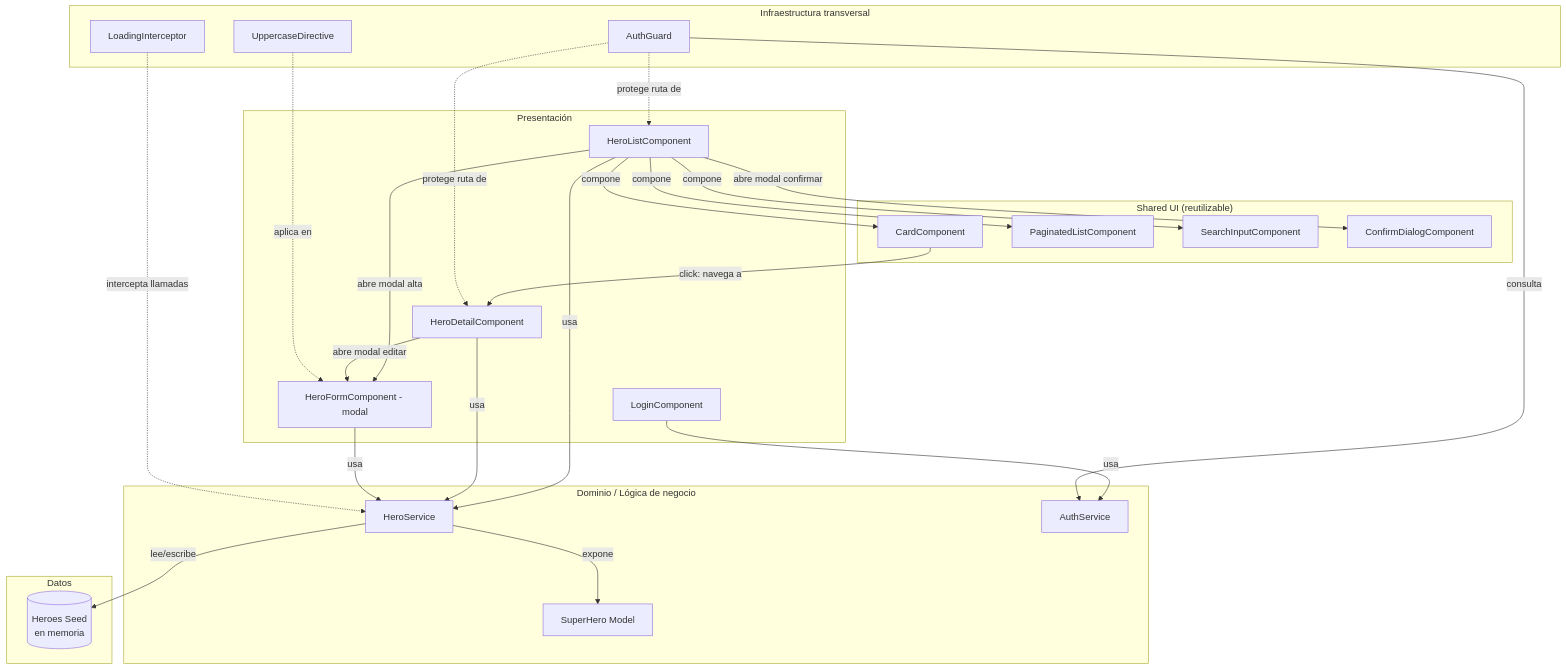
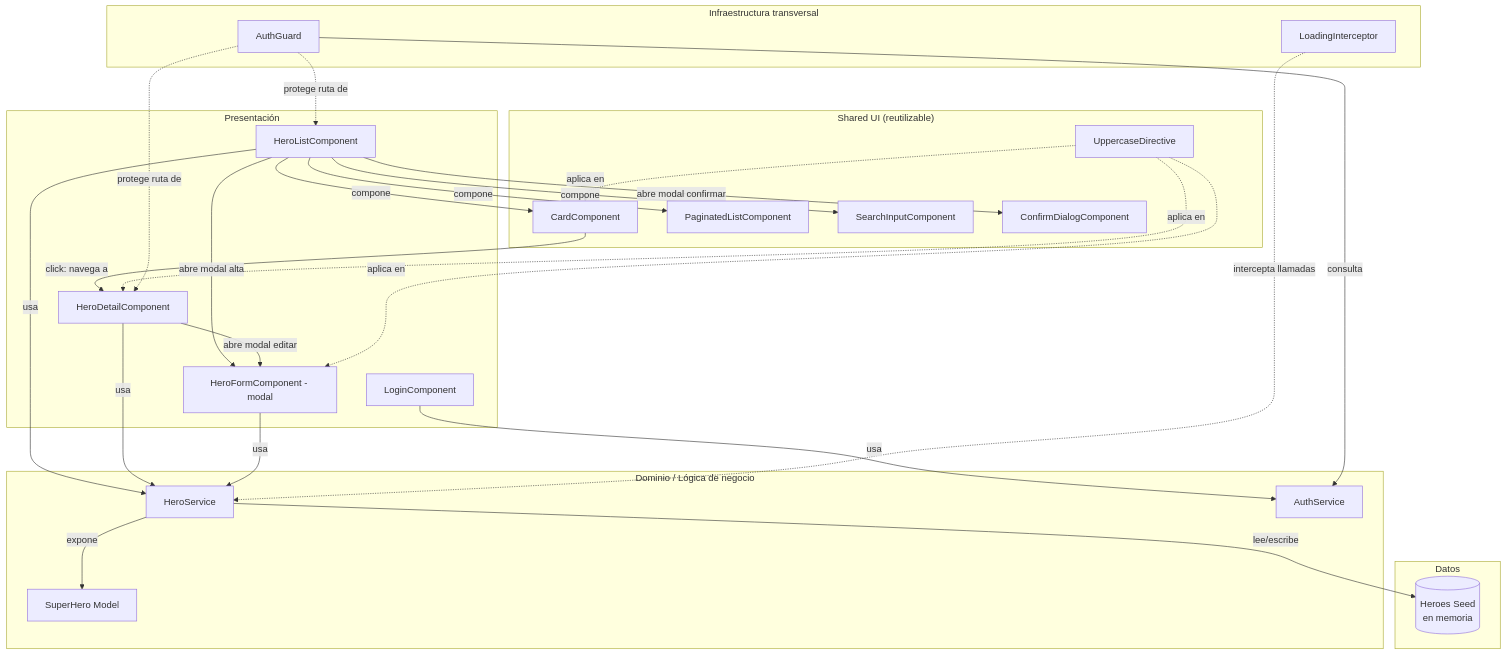
The diagram in docs/arquitectura.mmd (GermanMacchia/mindata-superheroes-spa), drawn with Mermaid before and after one commit. The commit also changed 1 other file, not shown here.

```diff
--- a/docs/arquitectura.mmd
+++ b/docs/arquitectura.mmd
@@ -1,49 +1,51 @@
 graph TD
     subgraph "Presentación"
         A[HeroListComponent]
         B[HeroFormComponent - modal]
         HD[HeroDetailComponent]
         L[LoginComponent]
     end
 
     subgraph "Shared UI (reutilizable)"
         SC[CardComponent]
         SP[PaginatedListComponent]
         SS[SearchInputComponent]
         SD[ConfirmDialogComponent]
+        G[UppercaseDirective]
     end
 
     subgraph "Dominio / Lógica de negocio"
         D[HeroService]
         E[SuperHero Model]
         AU[AuthService]
     end
 
     subgraph "Infraestructura transversal"
         F[LoadingInterceptor]
-        G[UppercaseDirective]
         GD[AuthGuard]
     end
 
     subgraph "Datos"
         H[(Heroes Seed<br/>en memoria)]
     end
 
     A -->|usa| D
     A -->|compone| SC
     A -->|compone| SP
     A -->|compone| SS
     SC -->|click: navega a| HD
     A -->|abre modal alta| B
     HD -->|abre modal editar| B
     A -->|abre modal confirmar| SD
     HD -->|usa| D
     B -->|usa| D
     D -->|expone| E
     D -->|lee/escribe| H
     F -.->|intercepta llamadas| D
+    G -.->|aplica en| SC
+    G -.->|aplica en| HD
     G -.->|aplica en| B
     L -->|usa| AU
     GD -.->|protege ruta de| A
     GD -.->|protege ruta de| HD
     GD -->|consulta| AU
```
